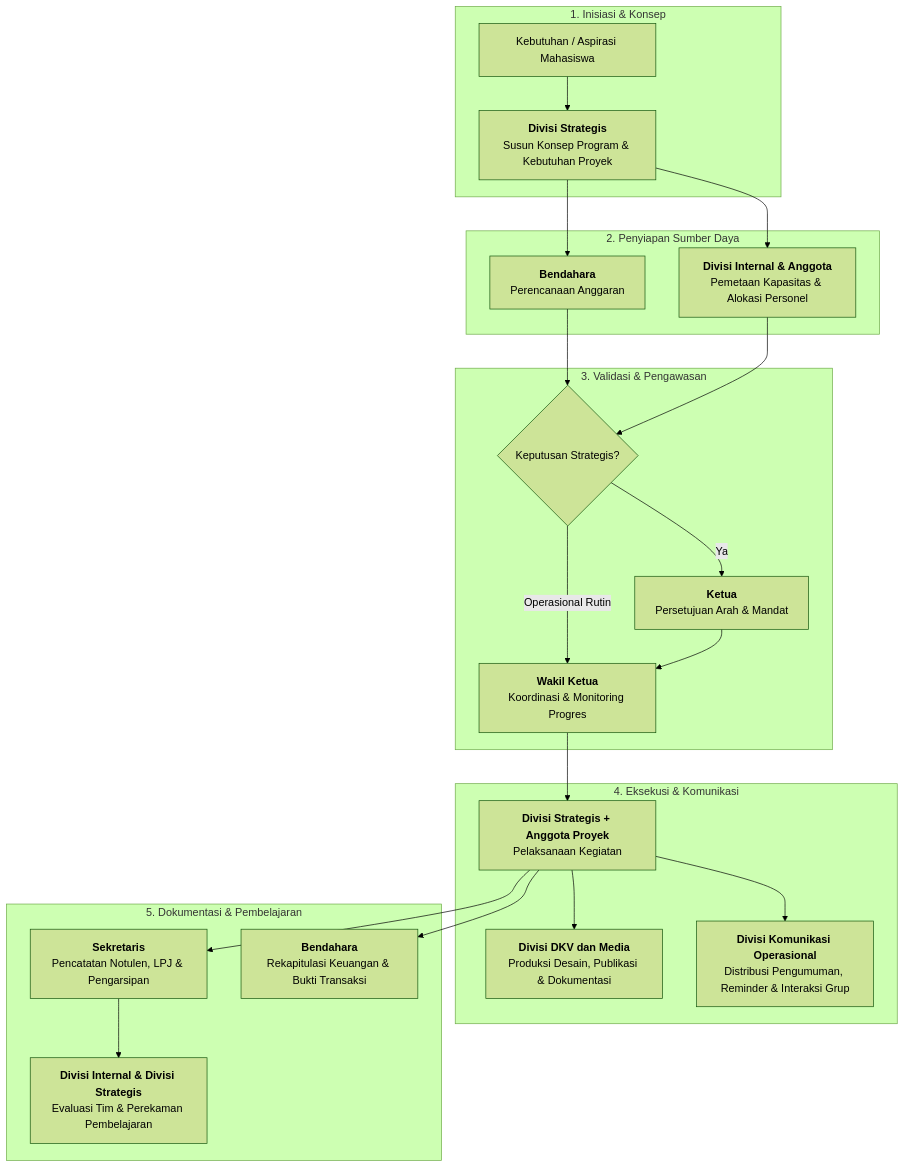
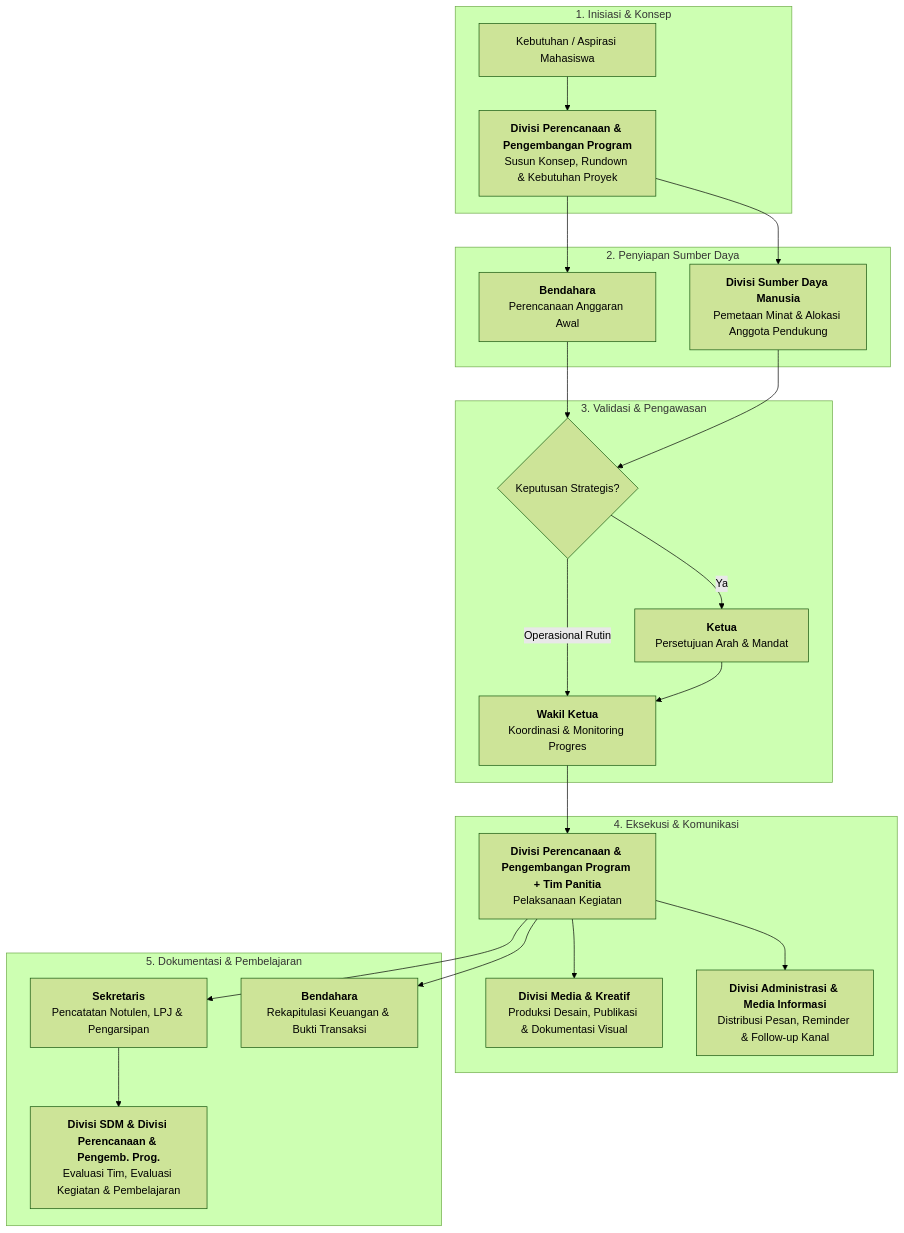
The second of 2 diagrams in 02-Structure-and-Roles/02-struktur-dan-peran-hima.md (anggaalfiansah/hima-reform), drawn with Mermaid (forest theme) before and after one commit. The commit also changed other lines of this file and 3 other files, not shown here.

Commit message:
feat(structure): perbarui nama divisi ke bahasa indonesia, tambahkan tabel mandat, dan diagram visual

````diff
--- a/02-Structure-and-Roles/02-struktur-dan-peran-hima.md
+++ b/02-Structure-and-Roles/02-struktur-dan-peran-hima.md
@@ -237,31 +251,31 @@
 ```mermaid
 flowchart TD
     subgraph Inisiasi["1. Inisiasi & Konsep"]
-        A1["Kebutuhan / Aspirasi Mahasiswa"] --> A2["<b>Divisi Strategis</b><br/>Susun Konsep Program & Kebutuhan Proyek"]
+        A1["Kebutuhan / Aspirasi Mahasiswa"] --> A2["<b>Divisi Perencanaan & Pengembangan Program</b><br/>Susun Konsep, Rundown & Kebutuhan Proyek"]
     end
 
     subgraph Kesiapan["2. Penyiapan Sumber Daya"]
-        A2 --> B1["<b>Bendahara</b><br/>Perencanaan Anggaran"]
-        A2 --> B2["<b>Divisi Internal & Anggota</b><br/>Pemetaan Kapasitas & Alokasi Personel"]
+        A2 --> B1["<b>Bendahara</b><br/>Perencanaan Anggaran Awal"]
+        A2 --> B2["<b>Divisi Sumber Daya Manusia</b><br/>Pemetaan Minat & Alokasi Anggota Pendukung"]
     end
 
     subgraph Validasi["3. Validasi & Pengawasan"]
         B1 --> C1{"Keputusan Strategis?"}
         B2 --> C1
         C1 -- "Ya" --> C2["<b>Ketua</b><br/>Persetujuan Arah & Mandat"]
         C1 -- "Operasional Rutin" --> C3["<b>Wakil Ketua</b><br/>Koordinasi & Monitoring Progres"]
         C2 --> C3
     end
 
     subgraph Eksekusi["4. Eksekusi & Komunikasi"]
-        C3 --> D1["<b>Divisi Strategis + Anggota Proyek</b><br/>Pelaksanaan Kegiatan"]
-        D1 --> D2["<b>Divisi DKV dan Media</b><br/>Produksi Desain, Publikasi & Dokumentasi"]
-        D1 --> D3["<b>Divisi Komunikasi Operasional</b><br/>Distribusi Pengumuman, Reminder & Interaksi Grup"]
+        C3 --> D1["<b>Divisi Perencanaan & Pengembangan Program + Tim Panitia</b><br/>Pelaksanaan Kegiatan"]
+        D1 --> D2["<b>Divisi Media & Kreatif</b><br/>Produksi Desain, Publikasi & Dokumentasi Visual"]
+        D1 --> D3["<b>Divisi Administrasi & Media Informasi</b><br/>Distribusi Pesan, Reminder & Follow-up Kanal"]
     end
 
     subgraph Penutupan["5. Dokumentasi & Pembelajaran"]
         D1 --> E1["<b>Sekretaris</b><br/>Pencatatan Notulen, LPJ & Pengarsipan"]
         D1 --> E2["<b>Bendahara</b><br/>Rekapitulasi Keuangan & Bukti Transaksi"]
-        E1 --> E3["<b>Divisi Internal & Divisi Strategis</b><br/>Evaluasi Tim & Perekaman Pembelajaran"]
+        E1 --> E3["<b>Divisi SDM & Divisi Perencanaan & Pengemb. Prog.</b><br/>Evaluasi Tim, Evaluasi Kegiatan & Pembelajaran"]
     end
 ```
````
